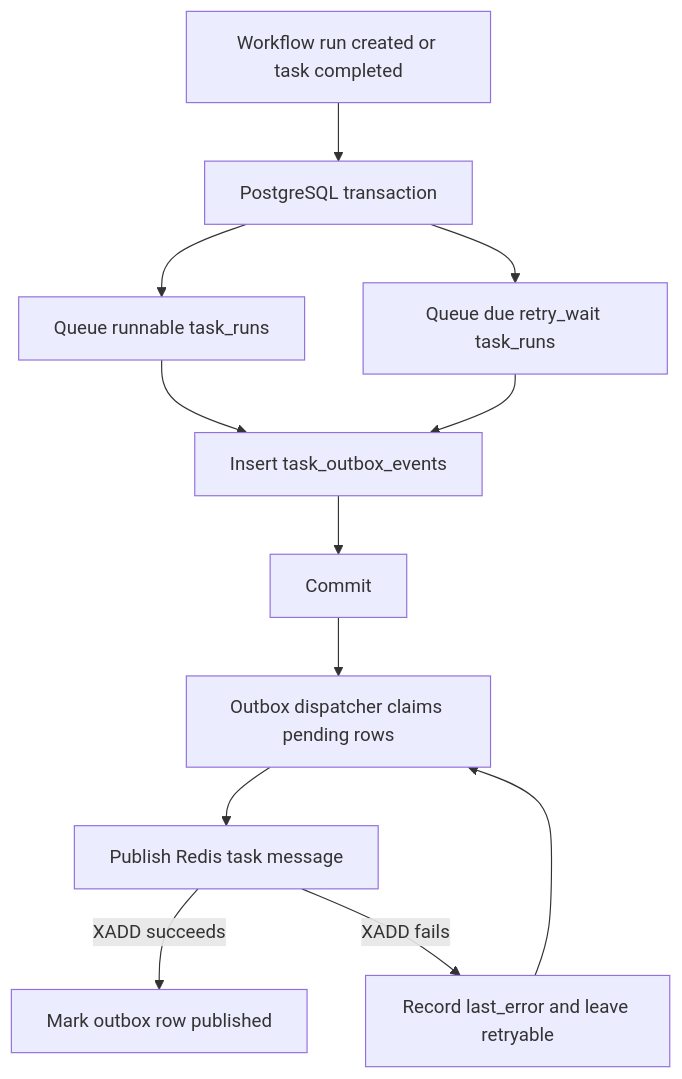
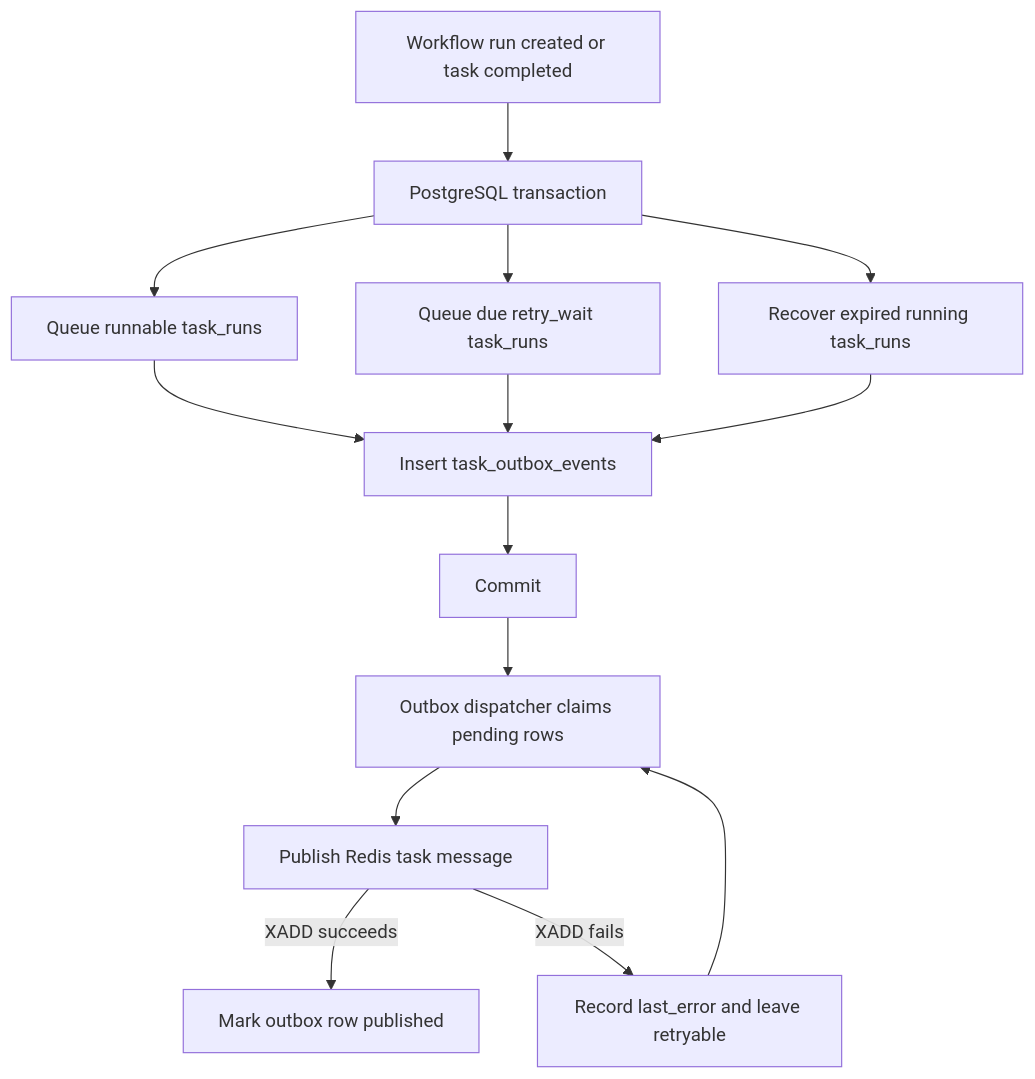
One commit to Hyowon-A/goflow changed the eighth of 8 diagrams in docs/architecture.md. Above: the diagram before and after it, drawn with Mermaid. The commit also changed other lines of this file and 5 other files, not shown here.

````diff
--- a/docs/architecture.md
+++ b/docs/architecture.md
@@ -351,14 +364,16 @@
 ```mermaid
 flowchart TD
     Trigger[Workflow run created or task completed] --> Tx[PostgreSQL transaction]
     Tx --> Queue[Queue runnable task_runs]
     Tx --> DueRetry[Queue due retry_wait task_runs]
     Queue --> Outbox[Insert task_outbox_events]
     DueRetry --> Outbox
+    Tx --> Recover[Recover expired running task_runs]
+    Recover --> Outbox
     Outbox --> Commit[Commit]
     Commit --> Dispatch[Outbox dispatcher claims pending rows]
     Dispatch --> Publish[Publish Redis task message]
     Publish -->|XADD succeeds| Published[Mark outbox row published]
     Publish -->|XADD fails| Retry[Record last_error and leave retryable]
     Retry --> Dispatch
 ```
````
